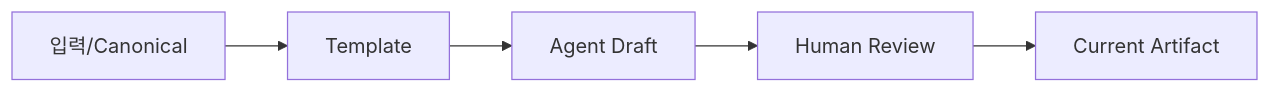
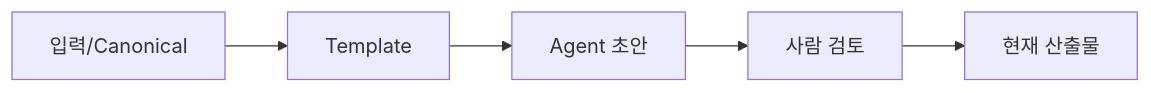
The diagram in sdlc/guides/03_TEMPLATE_산출물가이드.md (Seunghyun0606/SDLC_DDD_SDD), drawn with Mermaid before and after one commit. The commit also changed other lines of this file, not shown here.

Commit message:
docs: align template guide with reduced active artifacts

````diff
--- a/sdlc/guides/03_TEMPLATE_산출물가이드.md
+++ b/sdlc/guides/03_TEMPLATE_산출물가이드.md
@@ -7,4 +7,4 @@
 ```mermaid
 flowchart LR
-    I["입력/Canonical"] --> T["Template"] --> A["Agent Draft"] --> H["Human Review"] --> O["Current Artifact"]
+    I["입력/Canonical"] --> T["Template"] --> A["Agent 초안"] --> H["사람 검토"] --> O["현재 산출물"]
 ```
````
